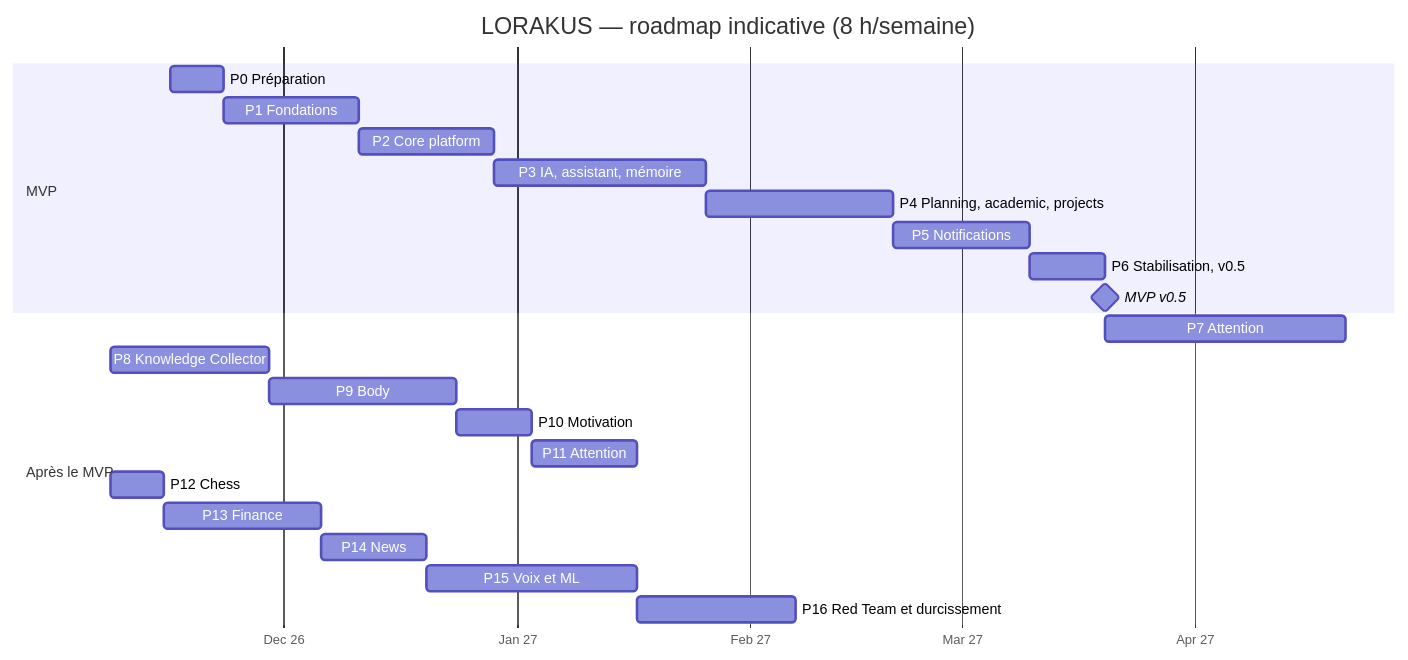
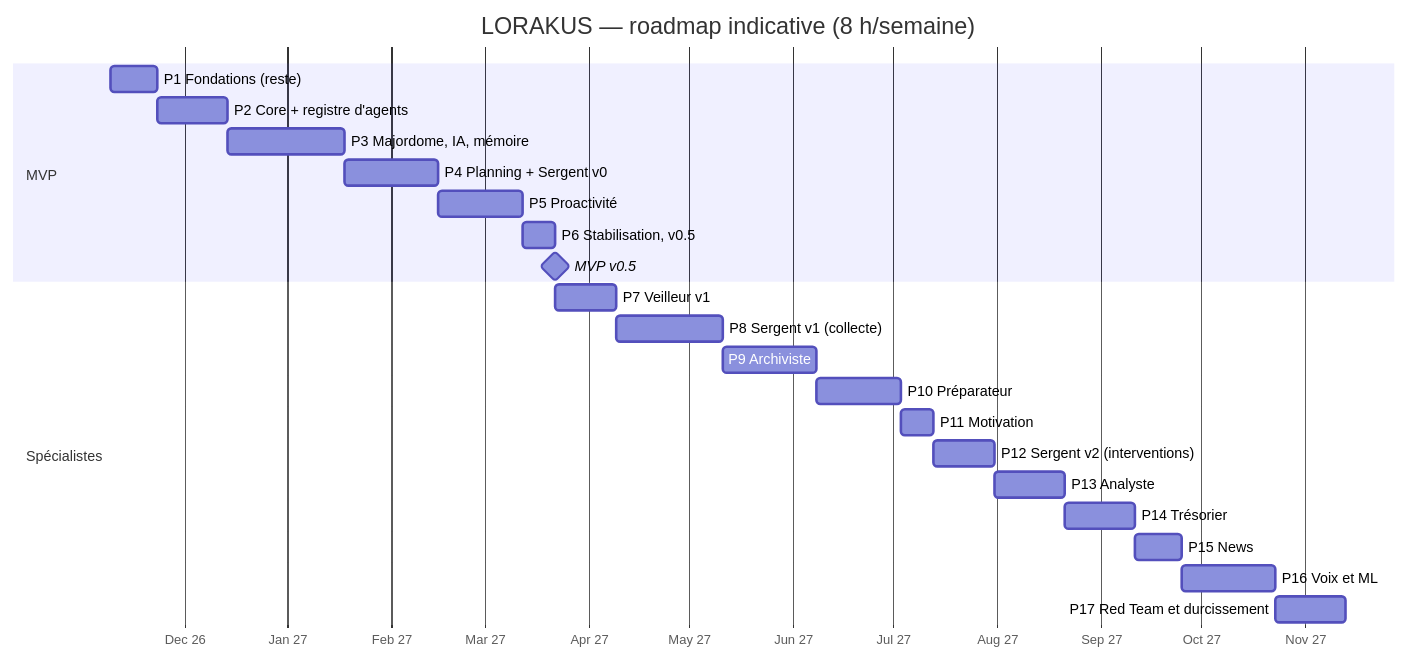
One commit to AnasKnanoua/lorakus changed the diagram in ROADMAP.md. Above: the diagram before and after it, drawn with Mermaid. The commit also changed other lines of this file and 18 other files, not shown here.

Commit message:
docs(adr): multi-agent architecture proposal (mission 3) (#5)

````diff
--- a/ROADMAP.md
+++ b/ROADMAP.md
@@ -5,26 +5,26 @@
 ```mermaid
 gantt
   title LORAKUS — roadmap indicative (8 h/semaine)
   dateFormat YYYY-MM-DD
   axisFormat %b %y
   section MVP
-  P0 Préparation              :p0, 2026-11-16, 7d
-  P1 Fondations               :p1, after p0, 18d
-  P2 Core platform            :p2, after p1, 18d
-  P3 IA, assistant, mémoire   :p3, after p2, 28d
-  P4 Planning, academic, projects :p4, after p3, 25d
-  P5 Notifications            :p5, after p4, 18d
-  P6 Stabilisation, v0.5      :p6, after p5, 10d
-  MVP v0.5                    :milestone, m1, after p6, 0d
-  section Après le MVP
-  P7 Attention : collecte     :p7, after p6, 32d
-  P8 Knowledge Collector      :p8, after p7, 21d
-  P9 Body                     :p9, after p8, 25d
-  P10 Motivation              :p10, after p9, 10d
-  P11 Attention : interventions :p11, after p10, 14d
-  P12 Chess                   :p12, after p11, 7d
-  P13 Finance                 :p13, after p12, 21d
-  P14 News                    :p14, after p13, 14d
-  P15 Voix et ML              :p15, after p14, 28d
-  P16 Red Team et durcissement :p16, after p15, 21d
+  P1 Fondations (reste)          :p1, 2026-11-09, 14d
+  P2 Core + registre d'agents    :p2, after p1, 21d
+  P3 Majordome, IA, mémoire      :p3, after p2, 35d
+  P4 Planning + Sergent v0       :p4, after p3, 28d
+  P5 Proactivité                 :p5, after p4, 25d
+  P6 Stabilisation, v0.5         :p6, after p5, 10d
+  MVP v0.5                       :milestone, m1, after p6, 0d
+  section Spécialistes
+  P7 Veilleur v1                 :p7, after p6, 18d
+  P8 Sergent v1 (collecte)       :p8, after p7, 32d
+  P9 Archiviste                  :p9, after p8, 28d
+  P10 Préparateur                :p10, after p9, 25d
+  P11 Motivation                 :p11, after p10, 10d
+  P12 Sergent v2 (interventions) :p12, after p11, 18d
+  P13 Analyste                   :p13, after p12, 21d
+  P14 Trésorier                  :p14, after p13, 21d
+  P15 News                       :p15, after p14, 14d
+  P16 Voix et ML                 :p16, after p15, 28d
+  P17 Red Team et durcissement   :p17, after p16, 21d
 ```
````
